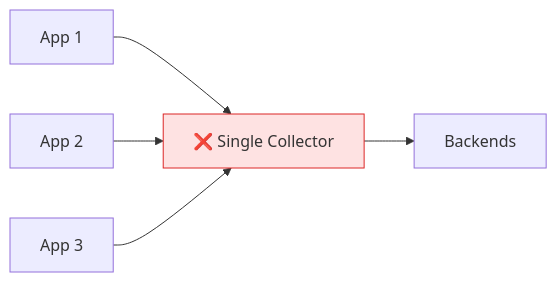
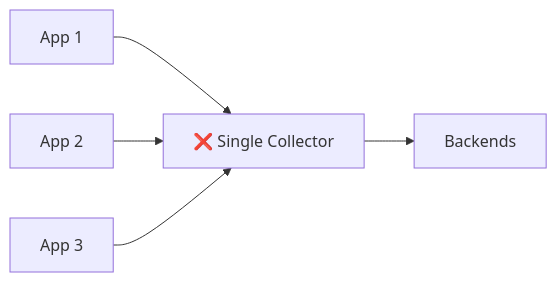
The first of 2 diagrams in docs/observability/anti-patterns.md (shivam-g-mishra/blog), drawn with Mermaid before and after one commit. The commit also changed other lines of this file and 23 other files, not shown here.

First line of the commit message:
fix: improve Mermaid diagram visibility in dark mode

````diff
--- a/docs/observability/anti-patterns.md
+++ b/docs/observability/anti-patterns.md
@@ -388,9 +388,7 @@
 ```mermaid
 flowchart LR
     app1["App 1"] --> single
     app2["App 2"] --> single
     app3["App 3"] --> single
     single["❌ Single Collector"] --> backends["Backends"]
-    
-    style single fill:#fee2e2,stroke:#dc2626
 ```
````
